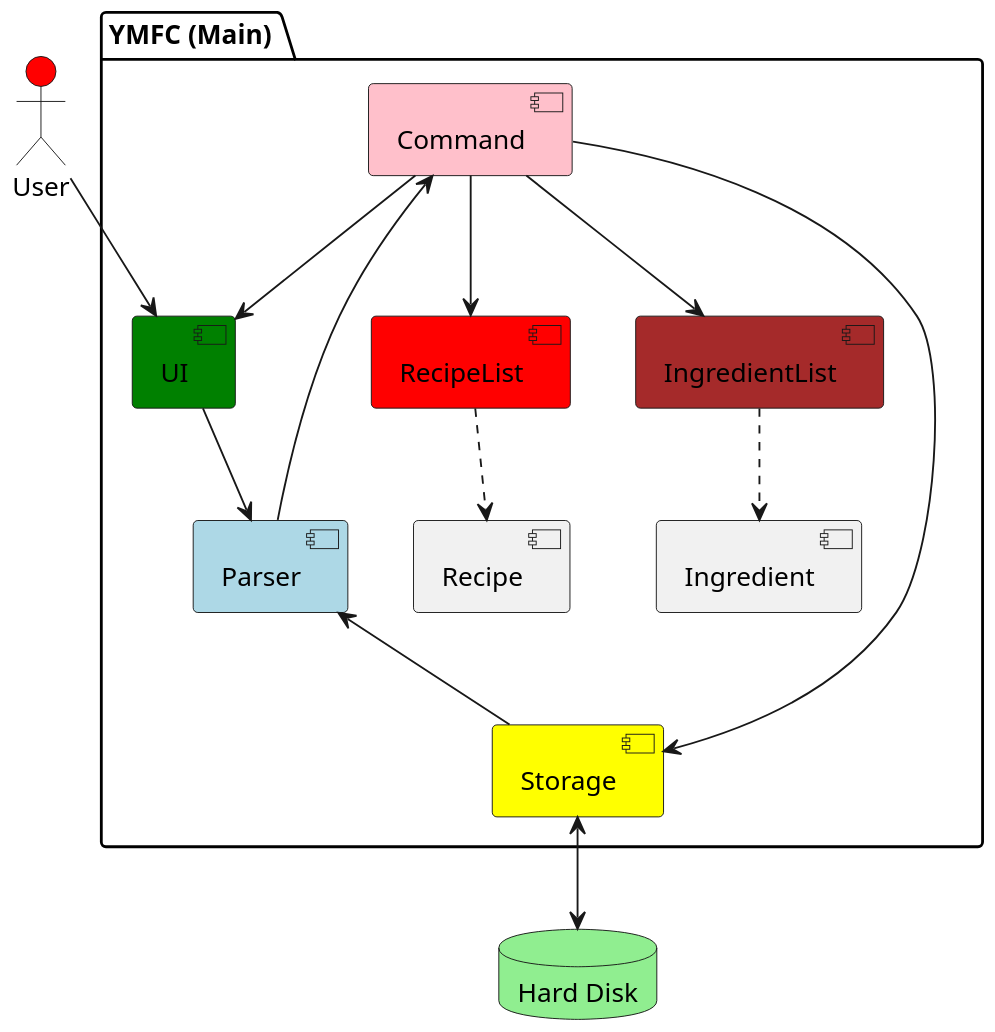
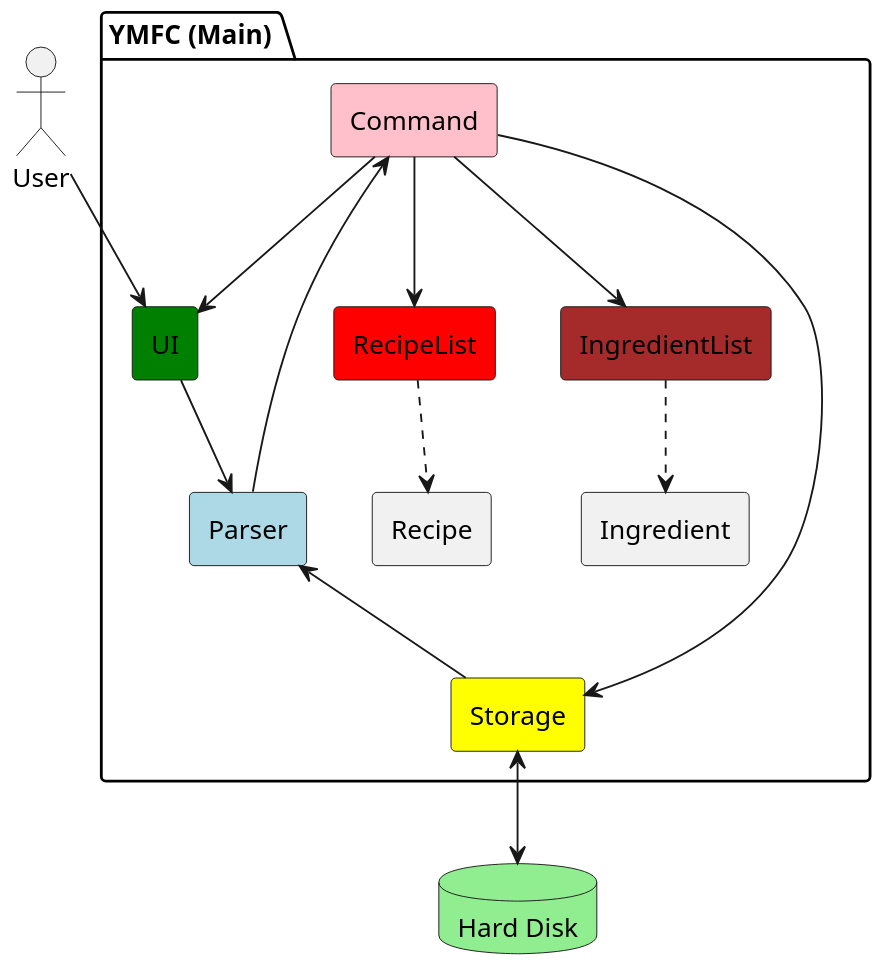
One commit to nus-cs2113-AY2425S1/tp changed the diagram in docs/puml/ClassDiagrams/ArchitectureDiagram.puml. Above: the diagram before and after it, drawn with PlantUML. The commit also changed 22 other files, not shown here.

```diff
--- a/docs/puml/ClassDiagrams/ArchitectureDiagram.puml
+++ b/docs/puml/ClassDiagrams/ArchitectureDiagram.puml
@@ -2,30 +2,31 @@
 @startuml
 skinparam dpi 150
+skinparam componentStyle rectangle
 
-actor User as user #Red
+actor User as user
 package "YMFC (Main) " {
     [UI] #Green
     [Parser] #LIGHTBLUE
     [RecipeList] #Red
     [IngredientList] #Brown
     [Storage] #Yellow
     [Recipe]
     [Ingredient]
     [Command] #Pink
 }
 
 database "Hard Disk" as hard_disk #LIGHTGREEN
 
 user --> UI
 UI --> Parser
 RecipeList ..> Recipe
 Command <-- Parser
 Command --> UI
 Command --> Storage
 Command --> RecipeList
 Command --> IngredientList
 Parser <-- Storage
 IngredientList ..> Ingredient
 Storage <--> hard_disk
 
 @enduml
```
